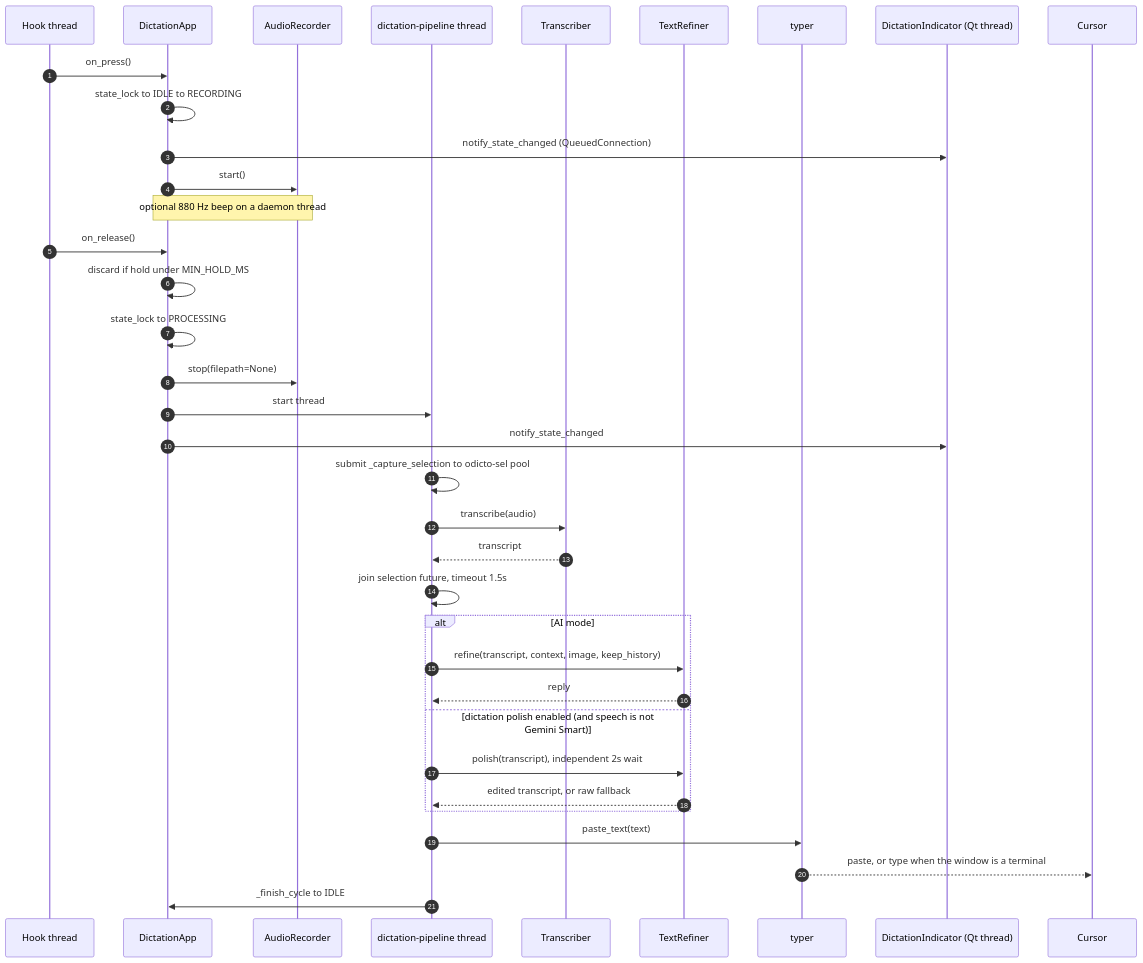
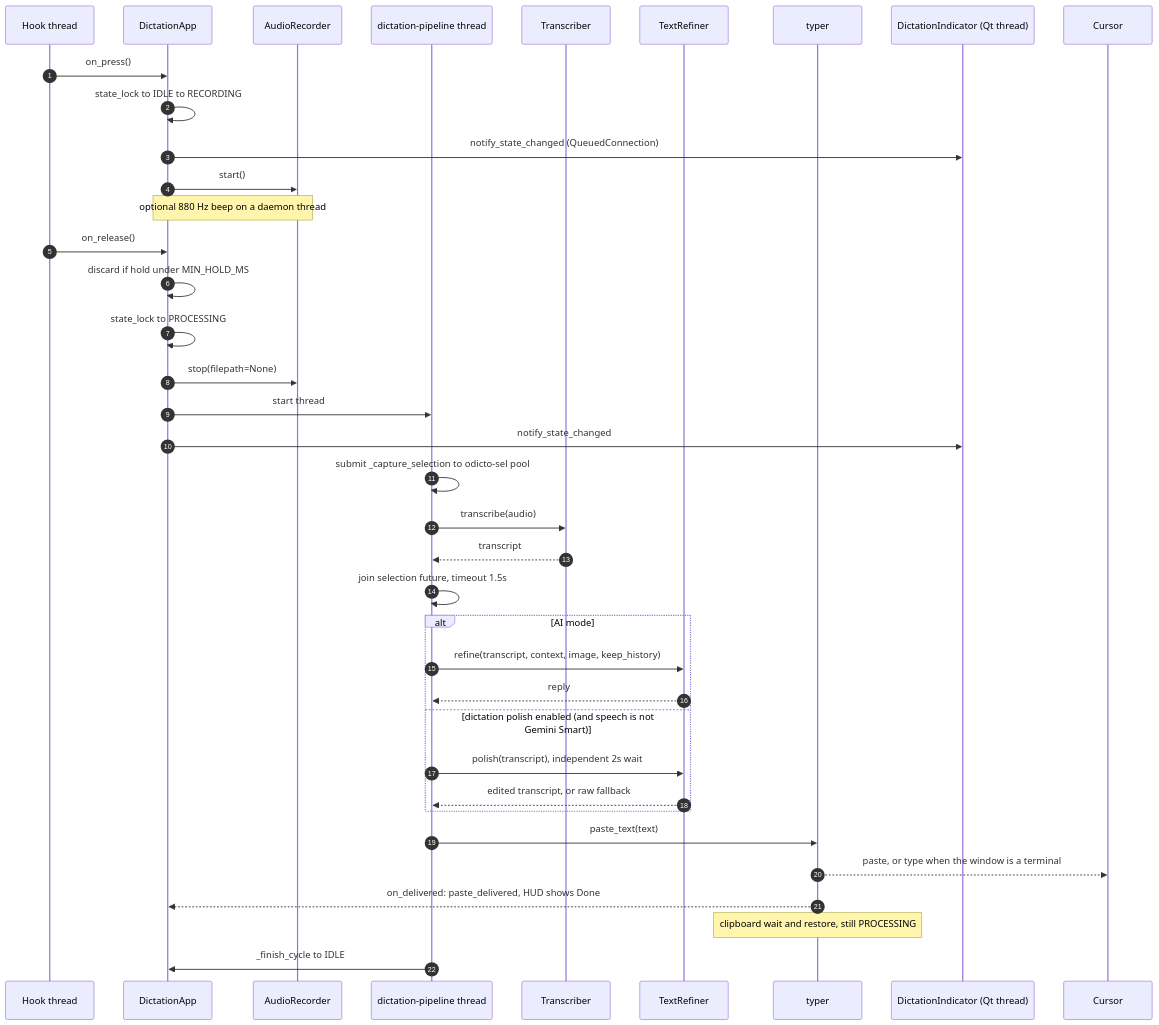
One commit to Gargeya-Grey/Odicto changed the third of 7 diagrams in docs/architecture.md. Above: the diagram before and after it, drawn with Mermaid. The commit also changed other lines of this file and 27 other files, not shown here.

````diff
--- a/docs/architecture.md
+++ b/docs/architecture.md
@@ -259,40 +273,42 @@
 ```mermaid
 sequenceDiagram
     autonumber
     participant Hook as Hook thread
     participant App as DictationApp
     participant Rec as AudioRecorder
     participant Pipe as dictation-pipeline thread
     participant STT as Transcriber
     participant LLM as TextRefiner
     participant Typ as typer
     participant HUD as DictationIndicator (Qt thread)
 
     Hook->>App: on_press()
     App->>App: state_lock to IDLE to RECORDING
     App->>HUD: notify_state_changed (QueuedConnection)
     App->>Rec: start()
     Note over App,Rec: optional 880 Hz beep on a daemon thread
 
     Hook->>App: on_release()
     App->>App: discard if hold under MIN_HOLD_MS
     App->>App: state_lock to PROCESSING
     App->>Rec: stop(filepath=None)
     App->>Pipe: start thread
     App->>HUD: notify_state_changed
 
     Pipe->>Pipe: submit _capture_selection to odicto-sel pool
     Pipe->>STT: transcribe(audio)
     STT-->>Pipe: transcript
     Pipe->>Pipe: join selection future, timeout 1.5s
     alt AI mode
         Pipe->>LLM: refine(transcript, context, image, keep_history)
         LLM-->>Pipe: reply
     else dictation polish enabled (and speech is not Gemini Smart)
         Pipe->>LLM: polish(transcript), independent 2s wait
         LLM-->>Pipe: edited transcript, or raw fallback
     end
     Pipe->>Typ: paste_text(text)
     Typ-->>Cursor: paste, or type when the window is a terminal
+    Typ-->>App: on_delivered: paste_delivered, HUD shows Done
+    Note over Typ: clipboard wait and restore, still PROCESSING
     Pipe->>App: _finish_cycle to IDLE
 ```
````
